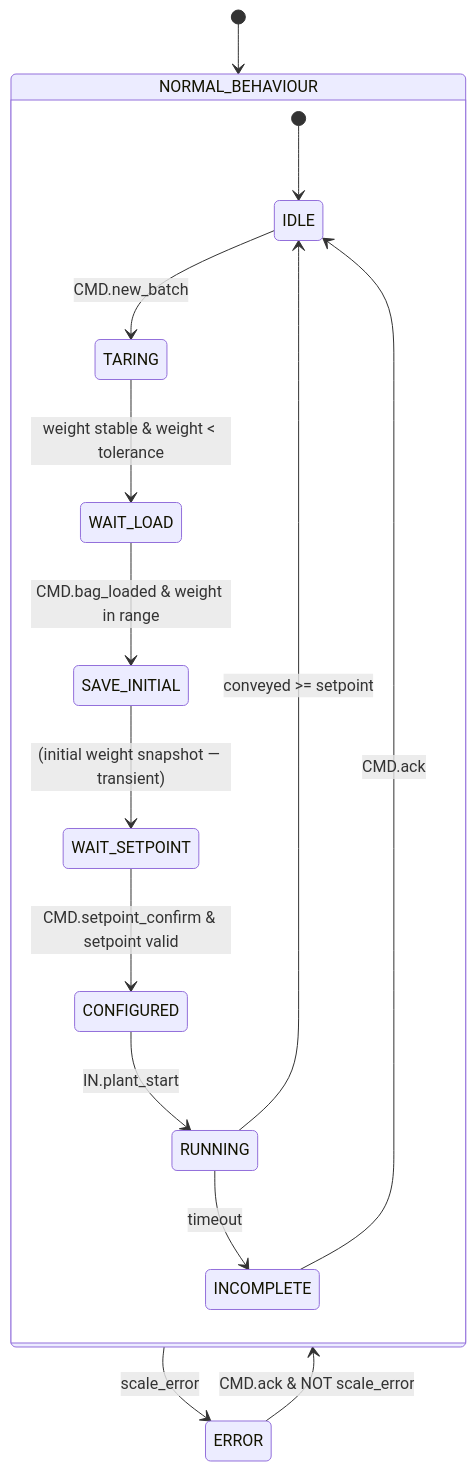
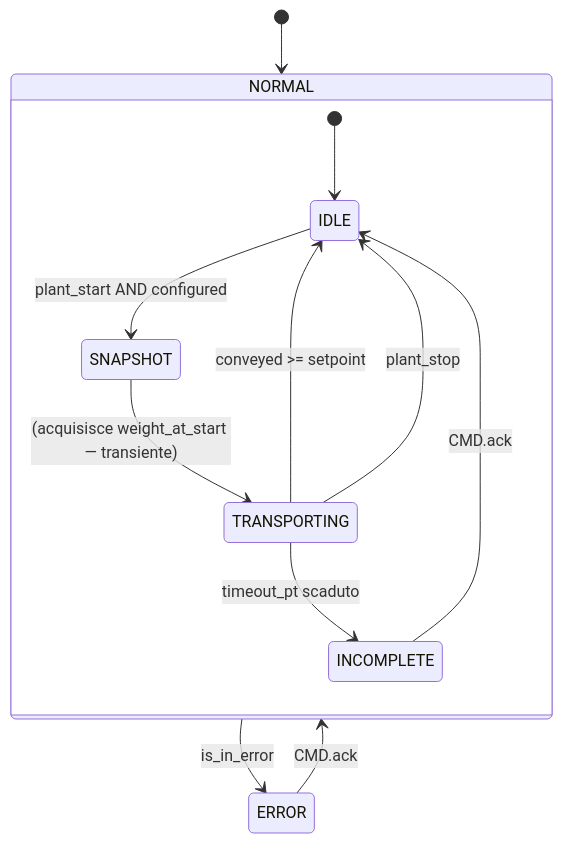
Before and after one commit to AleFire99/TIA_knowledge: the second of 2 diagrams in docs/library/load-cells/index.it.md, drawn with Mermaid. The commit also changed other lines of this file and 112 other files, not shown here.

````diff
--- a/docs/library/load-cells/index.it.md
+++ b/docs/library/load-cells/index.it.md
@@ -161,30 +176,18 @@
 ```mermaid
 stateDiagram-v2
+    [*] --> NORMAL
 
-    [*] --> NORMAL_BEHAVIOUR
-
-    state NORMAL_BEHAVIOUR{
+    state NORMAL {
         [*] --> IDLE
 
-        IDLE --> TARING : CMD.new_batch
-
-        TARING --> WAIT_LOAD : weight stable & weight < tolerance
-
-        WAIT_LOAD --> SAVE_INITIAL : CMD.bag_loaded & weight in range
-
-        SAVE_INITIAL --> WAIT_SETPOINT : (initial weight snapshot — transient)
-
-        WAIT_SETPOINT --> CONFIGURED : CMD.setpoint_confirm & setpoint valid
-
-        CONFIGURED --> RUNNING : IN.plant_start
-
-        RUNNING --> IDLE : conveyed >= setpoint
-        RUNNING --> INCOMPLETE : timeout
-
+        IDLE --> SNAPSHOT : plant_start AND configured
+        SNAPSHOT --> TRANSPORTING : (acquisisce weight_at_start — transiente)
+        TRANSPORTING --> IDLE : conveyed >= setpoint
+        TRANSPORTING --> IDLE : plant_stop
+        TRANSPORTING --> INCOMPLETE : timeout_pt scaduto
         INCOMPLETE --> IDLE : CMD.ack
     }
 
-    NORMAL_BEHAVIOUR --> ERROR : scale_error
-
-    ERROR --> NORMAL_BEHAVIOUR : CMD.ack & NOT scale_error
+    NORMAL --> ERROR : is_in_error
+    ERROR --> NORMAL : CMD.ack
 ```
````
